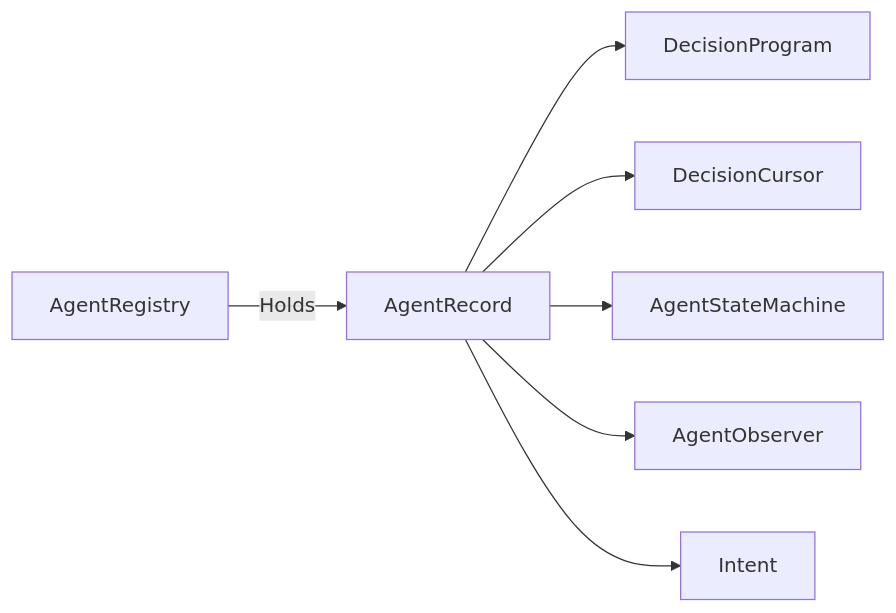
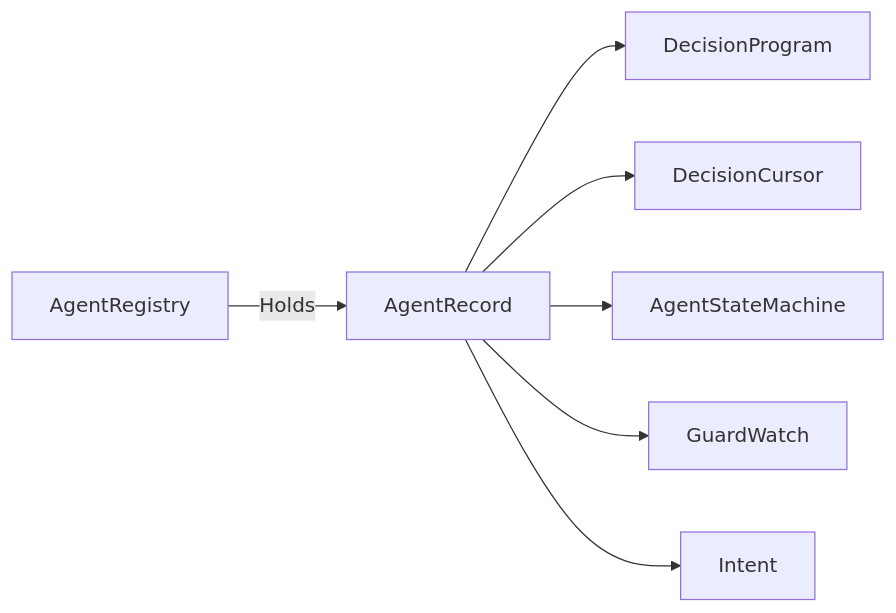
Before and after one commit to jabbadablack/G.O.A.T: the diagram in Docs/02 - C++ Components/AgentRecord.md, drawn with Mermaid. The commit also changed other lines of this file and 44 other files, not shown here.

````diff
--- a/Docs/02 - C++ Components/AgentRecord.md
+++ b/Docs/02 - C++ Components/AgentRecord.md
@@ -55,9 +55,9 @@
 ```mermaid
 graph LR
     A[AgentRegistry] -->|Holds| B[AgentRecord]
     B --> C[DecisionProgram]
     B --> D[DecisionCursor]
     B --> E[AgentStateMachine]
-    B --> F[AgentObserver]
+    B --> F[GuardWatch]
     B --> G[Intent]
 ```
````
